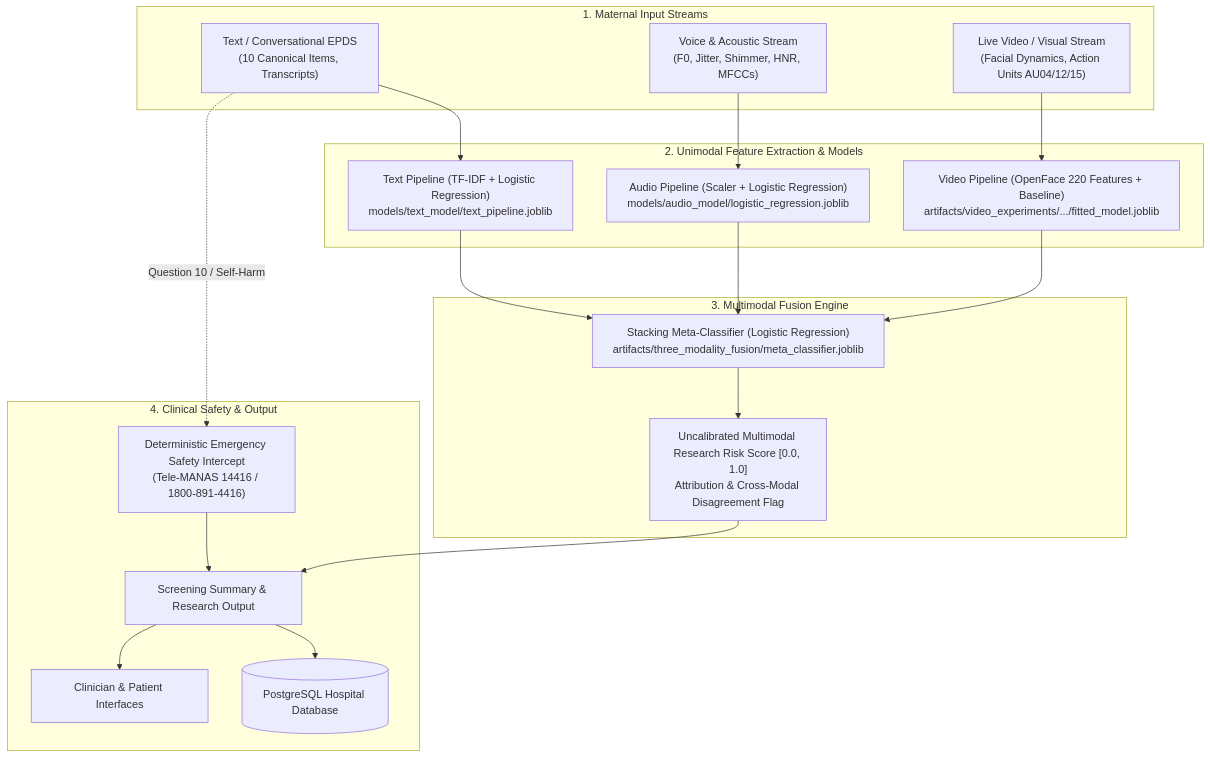
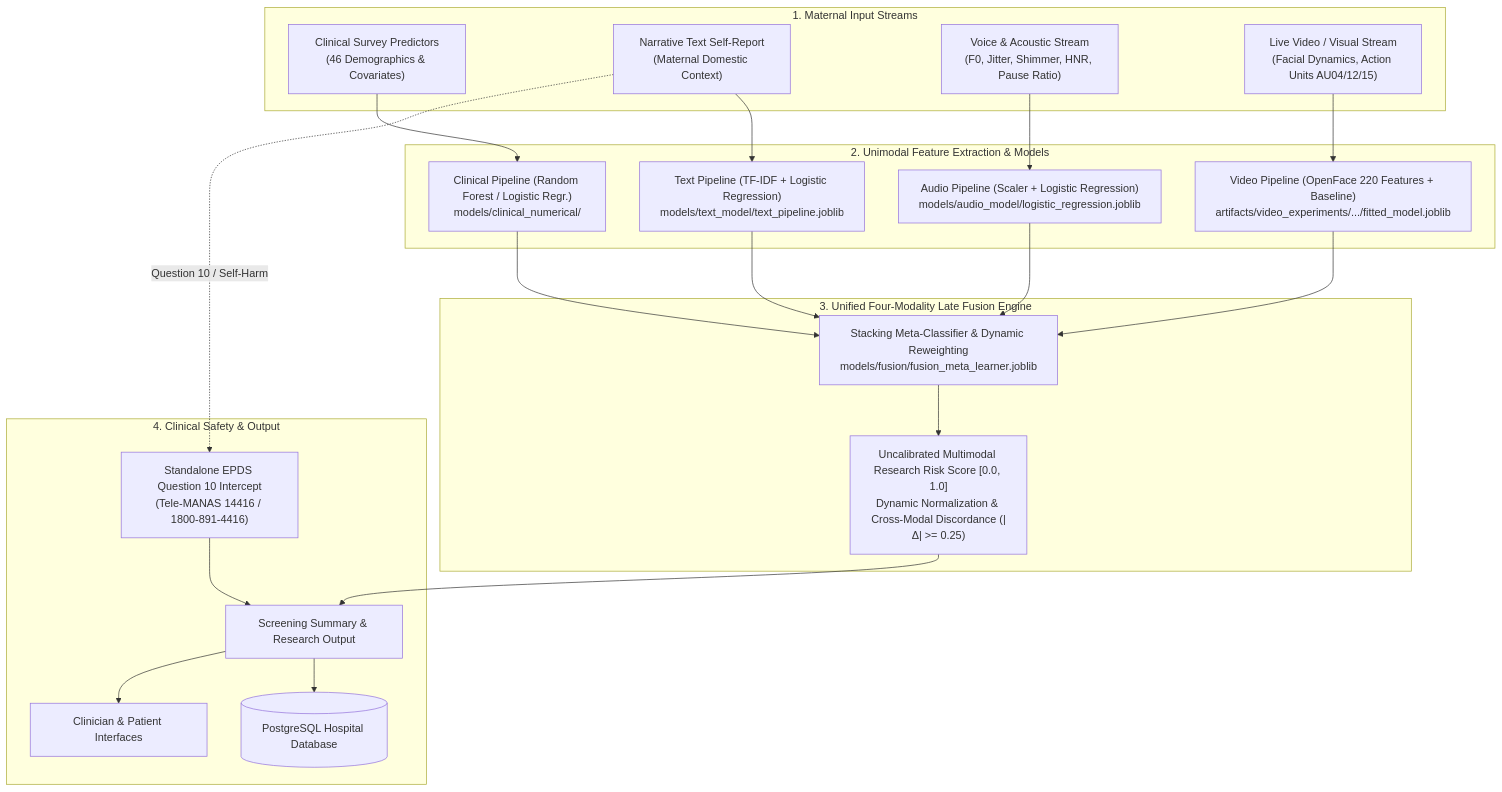
The diagram in README.md (nishasss692/ppd-screening), drawn with Mermaid before and after one commit. The commit also changed other lines of this file and 16 other files, not shown here.

Commit message:
feat: wire 4-modality late-fusion screening and standalone EPDS Q10 crisis safety check to React frontend

````diff
--- a/README.md
+++ b/README.md
@@ -90,37 +94,40 @@
 ```mermaid
 flowchart TD
     subgraph Input["1. Maternal Input Streams"]
-        T["Text / Conversational EPDS\n(10 Canonical Items, Transcripts)"]
-        A["Voice & Acoustic Stream\n(F0, Jitter, Shimmer, HNR, MFCCs)"]
+        C["Clinical Survey Predictors\n(46 Demographics & Covariates)"]
+        T["Narrative Text Self-Report\n(Maternal Domestic Context)"]
+        A["Voice & Acoustic Stream\n(F0, Jitter, Shimmer, HNR, Pause Ratio)"]
         V["Live Video / Visual Stream\n(Facial Dynamics, Action Units AU04/12/15)"]
     end
 
     subgraph Processing["2. Unimodal Feature Extraction & Models"]
+        P_C["Clinical Pipeline (Random Forest / Logistic Regr.)\nmodels/clinical_numerical/"]
         P_T["Text Pipeline (TF-IDF + Logistic Regression)\nmodels/text_model/text_pipeline.joblib"]
         P_A["Audio Pipeline (Scaler + Logistic Regression)\nmodels/audio_model/logistic_regression.joblib"]
         P_V["Video Pipeline (OpenFace 220 Features + Baseline)\nartifacts/video_experiments/.../fitted_model.joblib"]
     end
 
-    subgraph Fusion["3. Multimodal Fusion Engine"]
-        F1["Stacking Meta-Classifier (Logistic Regression)\nartifacts/three_modality_fusion/meta_classifier.joblib"]
-        F2["Uncalibrated Multimodal Research Risk Score [0.0, 1.0]\nAttribution & Cross-Modal Disagreement Flag"]
+    subgraph Fusion["3. Unified Four-Modality Late Fusion Engine"]
+        F1["Stacking Meta-Classifier & Dynamic Reweighting\nmodels/fusion/fusion_meta_learner.joblib"]
+        F2["Uncalibrated Multimodal Research Risk Score [0.0, 1.0]\nDynamic Normalization & Cross-Modal Discordance (|Δ| >= 0.25)"]
     end
 
     subgraph Safety["4. Clinical Safety & Output"]
-        S["Deterministic Emergency Safety Intercept\n(Tele-MANAS 14416 / 1800-891-4416)"]
+        S["Standalone EPDS Question 10 Intercept\n(Tele-MANAS 14416 / 1800-891-4416)"]
         R["Screening Summary & Research Output"]
         DB[(PostgreSQL Hospital Database)]
         Dash["Clinician & Patient Interfaces"]
     end
 
+    C --> P_C --> F1
     T --> P_T --> F1
     A --> P_A --> F1
     V --> P_V --> F1
     F1 --> F2
     F2 --> R
 
     T -.->|Question 10 / Self-Harm| S
     S --> R
     R --> DB
     R --> Dash
 ```
````
